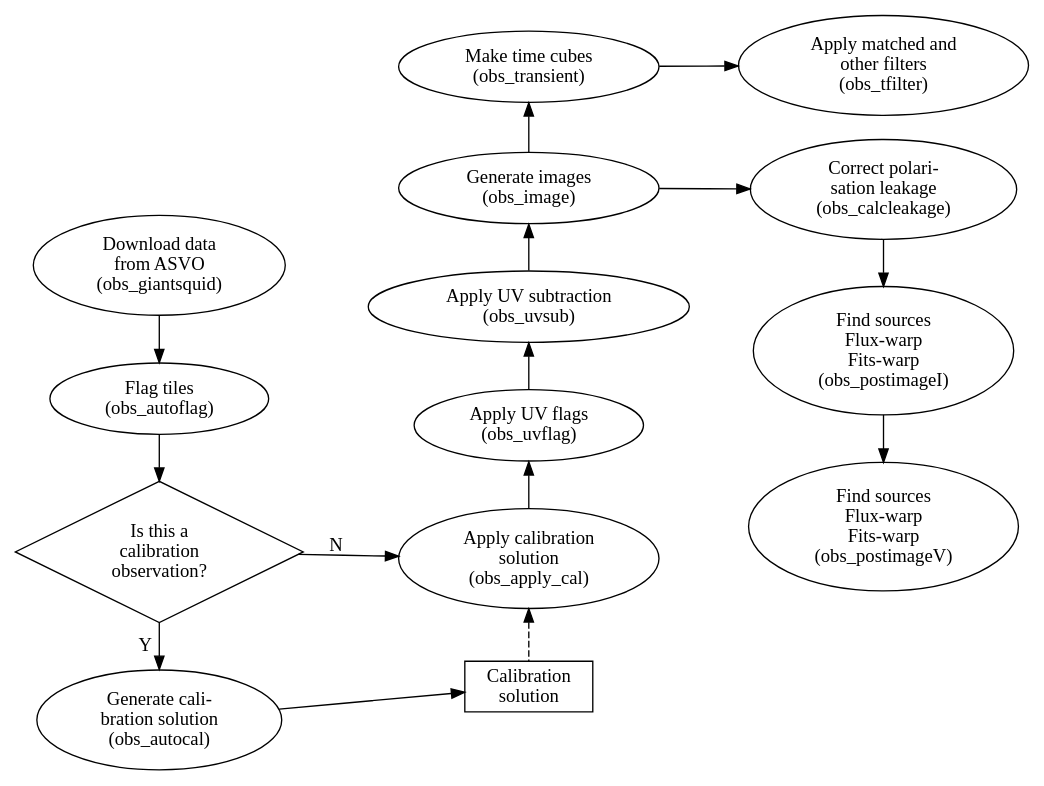
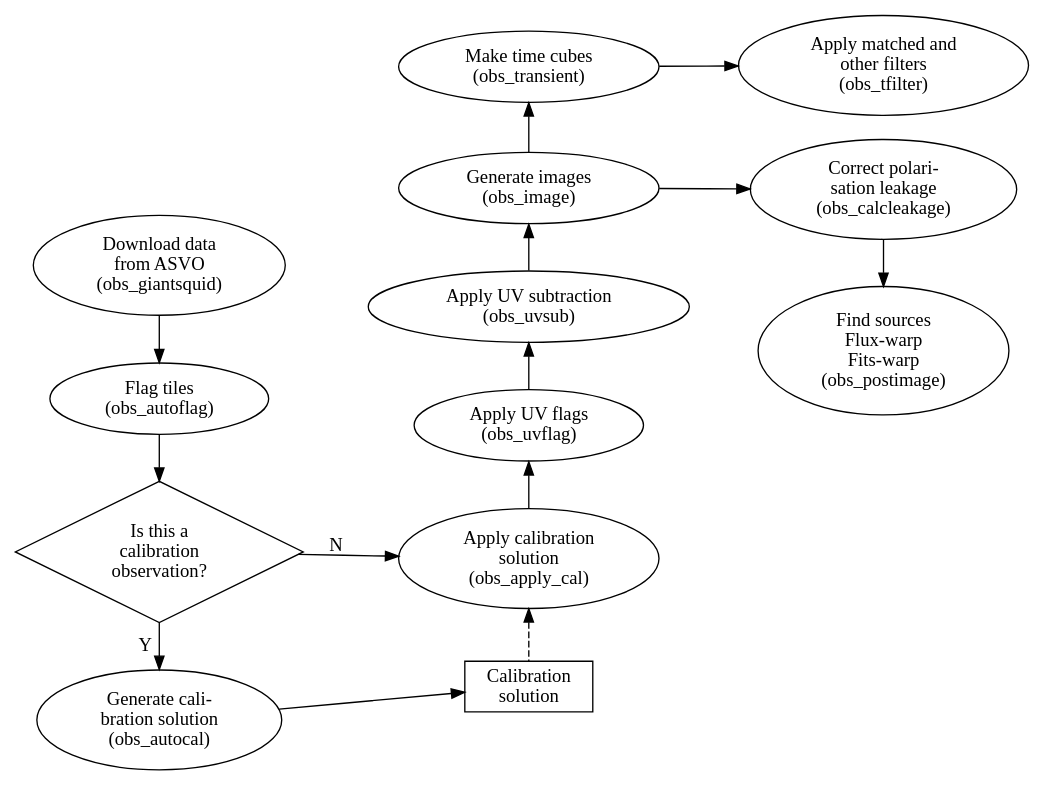
Before and after one commit to robotopia/MWA-Galactic-Plane-Monitoring: the diagram in doc/images/processing_pipeline_overview.dot, drawn with Graphviz. The commit also changed 2 other files, not shown here.

Commit message:
Updated some docs re: recent postimage changes [DRAFT]

```diff
--- a/doc/images/processing_pipeline_overview.dot
+++ b/doc/images/processing_pipeline_overview.dot
@@ -1,42 +1,41 @@
 digraph G {
   rankdir="LR";
 
   // TODO: Make this subgraph actually do something! (And add other subgraphs)
   subgraph cluster_0 {
     style=filled;
     color=lightgrey;
     transient [label="Make time cubes\n(obs_transient)"];
     tfilter [label="Apply matched and\nother filters\n(obs_tfilter)"];
     transient -> tfilter;
     label="Transients"
   }
 
   is_cal [shape=diamond; label="Is this a\ncalibration\nobservation?"];
   calsol [shape=rectangle; label="Calibration\nsolution"];
   giantsquid [label="Download data\nfrom ASVO\n(obs_giantsquid)"];
   autoflag [label="Flag tiles\n(obs_autoflag)"];
   autocal [label="Generate cali-\nbration solution\n(obs_autocal)"];
   apply_cal [label="Apply calibration\nsolution\n(obs_apply_cal)"];
   uvflag [label="Apply UV flags\n(obs_uvflag)"];
   uvsub [label="Apply UV subtraction\n(obs_uvsub)"];
   image [label="Generate images\n(obs_image)"];
-  postimageI [label="Find sources\nFlux-warp\nFits-warp\n(obs_postimageI)"];
-  postimageV [label="Find sources\nFlux-warp\nFits-warp\n(obs_postimageV)"];
+  postimage [label="Find sources\nFlux-warp\nFits-warp\n(obs_postimage)"];
   calc_leakage [label="Correct polari-\nsation leakage\n(obs_calcleakage)"];
 
   giantsquid -> autoflag -> is_cal;
   is_cal -> autocal [label="Y"];
   autocal -> calsol;
   image -> uvsub [dir=back];
   uvsub -> uvflag [dir=back];
   uvflag -> apply_cal [dir=back];
   transient -> image [dir=back];
-  tfilter -> postimageI [style=invis];
-  image -> calc_leakage -> postimageI -> postimageV;
+  tfilter -> postimage [style=invis];
+  image -> calc_leakage -> postimage;
   apply_cal -> calsol [dir=back; style=dashed];
   is_cal -> apply_cal [label="N"];
 
   {rank="same"; giantsquid; autoflag; is_cal; autocal;}
   {rank="same"; apply_cal; calsol; uvflag; uvsub; image; transient;}
-  {rank="same"; tfilter; postimageI; postimageV; calc_leakage;}
+  {rank="same"; tfilter; postimage; calc_leakage;}
 }
```
